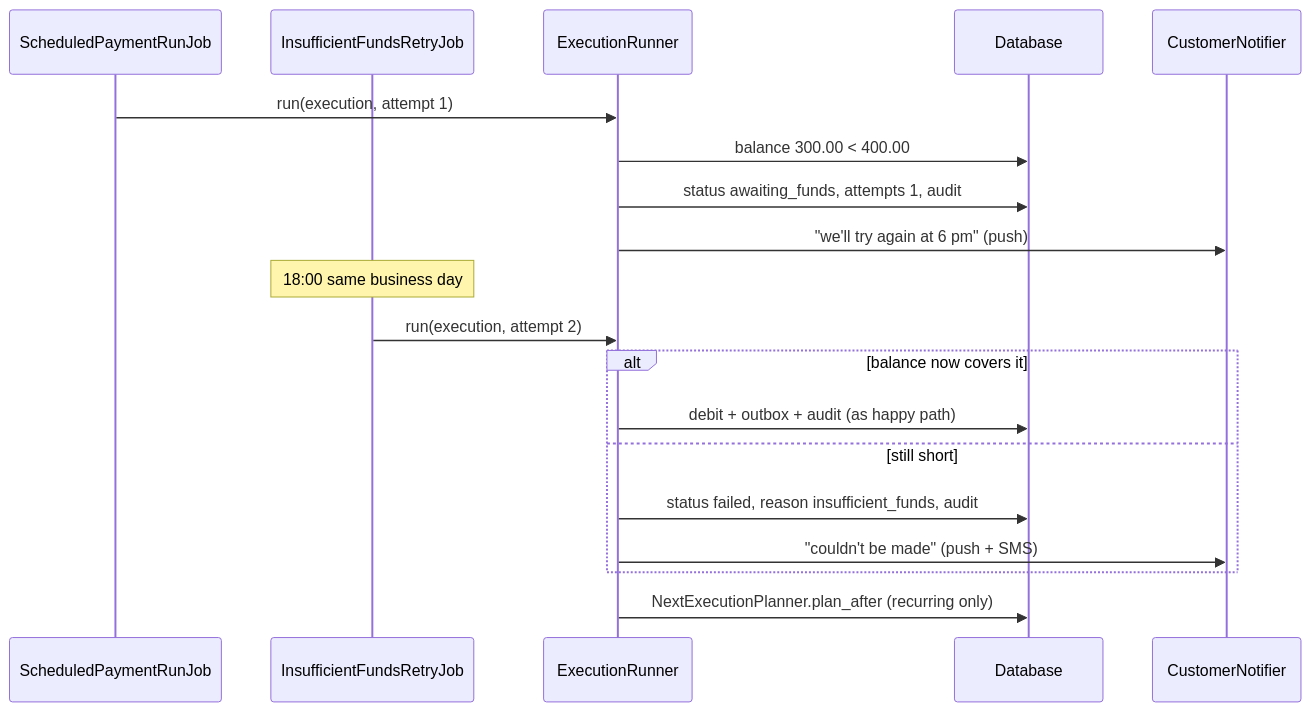
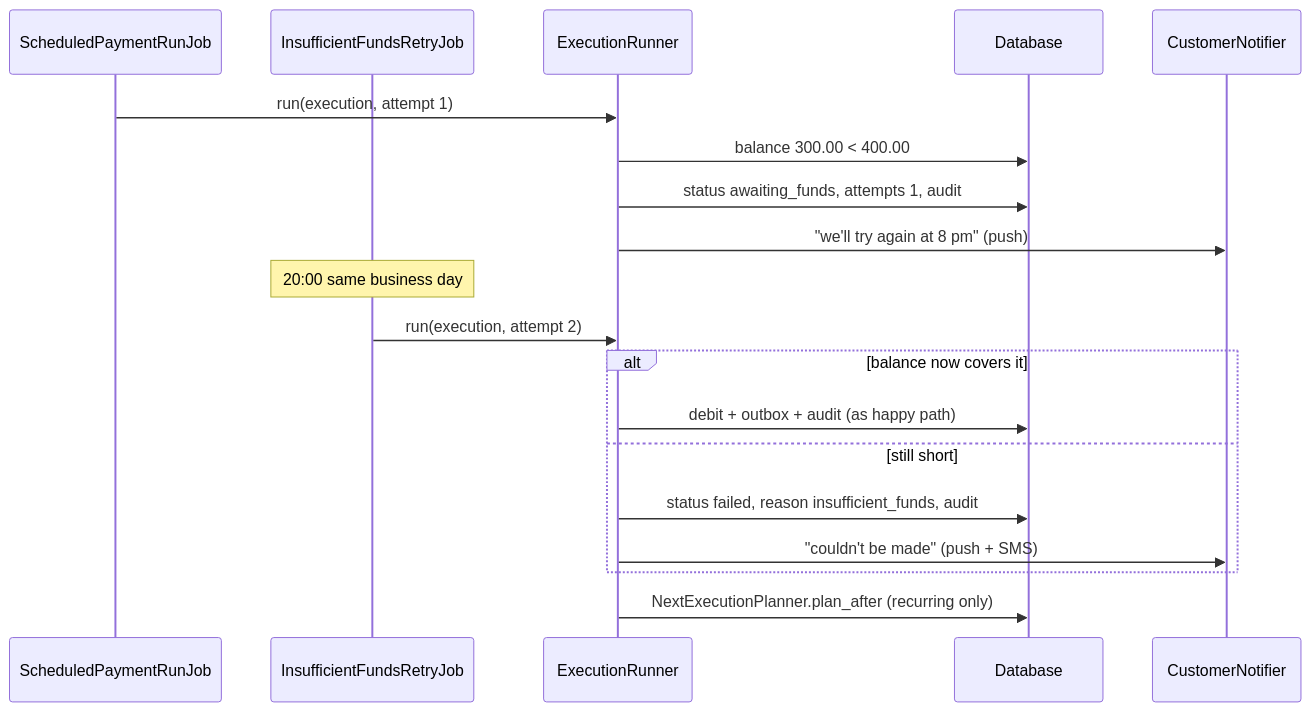
One commit to ausangshukla/openspec_demo changed the ninth of 13 diagrams in openspec/changes/scheduled-transfers/design.md. Above: the diagram before and after it, drawn with Mermaid. The commit also changed other lines of this file and 3 other files, not shown here.

````diff
--- a/openspec/changes/scheduled-transfers/design.md
+++ b/openspec/changes/scheduled-transfers/design.md
@@ -395,22 +395,22 @@
 ```mermaid
 sequenceDiagram
     participant Job as ScheduledPaymentRunJob
     participant Retry as InsufficientFundsRetryJob
     participant Runner as ExecutionRunner
     participant DB as Database
     participant Notif as CustomerNotifier
 
     Job->>Runner: run(execution, attempt 1)
     Runner->>DB: balance 300.00 < 400.00
     Runner->>DB: status awaiting_funds, attempts 1, audit
-    Runner->>Notif: "we'll try again at 6 pm" (push)
-    Note over Retry: 18:00 same business day
+    Runner->>Notif: "we'll try again at 8 pm" (push)
+    Note over Retry: 20:00 same business day
     Retry->>Runner: run(execution, attempt 2)
     alt balance now covers it
         Runner->>DB: debit + outbox + audit (as happy path)
     else still short
         Runner->>DB: status failed, reason insufficient_funds, audit
         Runner->>Notif: "couldn't be made" (push + SMS)
     end
     Runner->>DB: NextExecutionPlanner.plan_after (recurring only)
 ```
````
